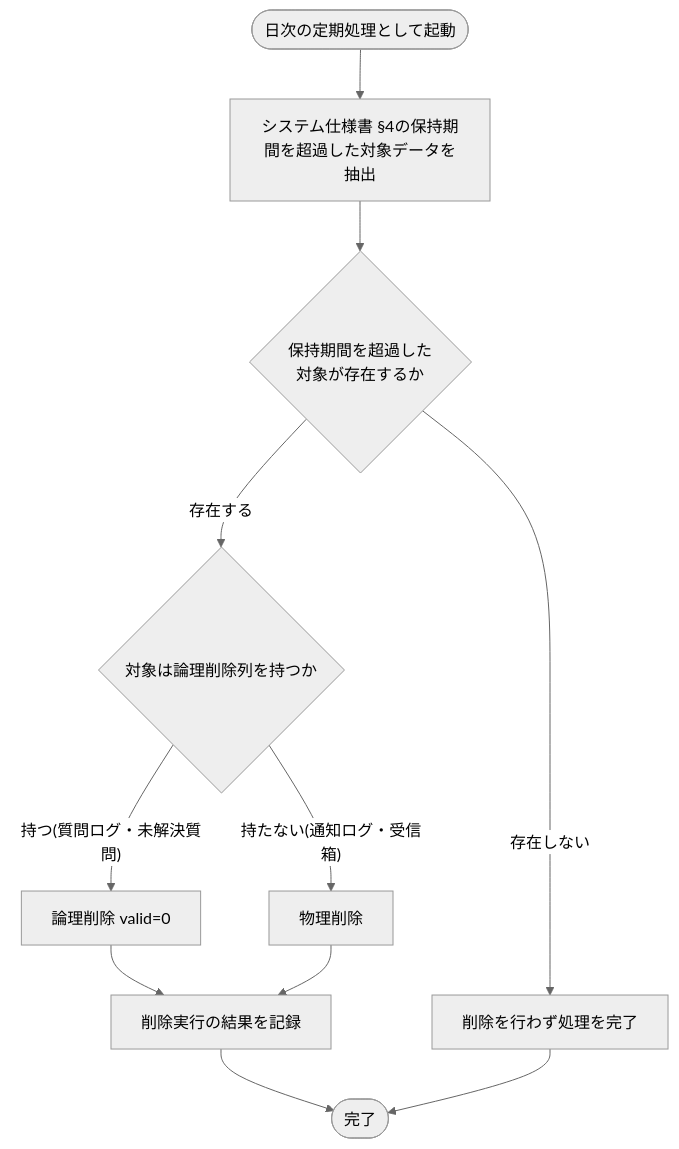
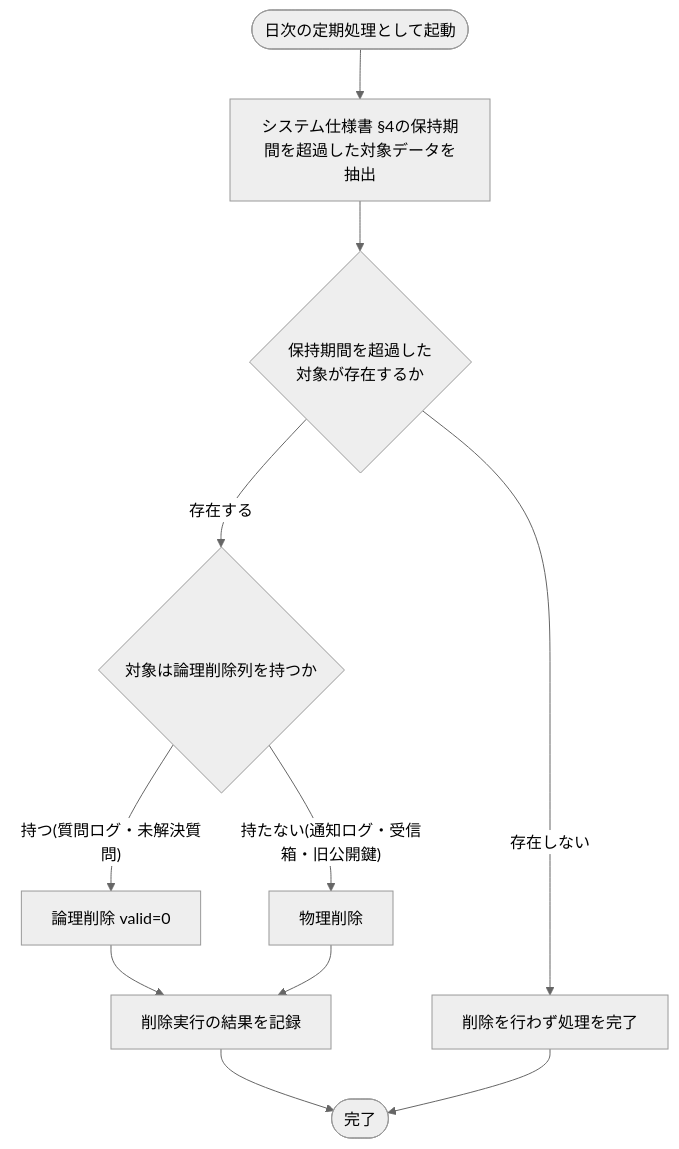
Before and after one commit to sikakou54/open-faq: the diagram in 02_basic_design/02_backend/01_system/SYS-032.md, drawn with Mermaid (neutral theme). The commit also changed other lines of this file and 27 other files, not shown here.

````diff
--- a/02_basic_design/02_backend/01_system/SYS-032.md
+++ b/02_basic_design/02_backend/01_system/SYS-032.md
@@ -35,13 +36,13 @@
 ```mermaid
 flowchart TB
   S([日次の定期処理として起動]) --> A[システム仕様書 §4の保持期間を超過した対象データを抽出]
   A --> B{保持期間を超過した<br/>対象が存在するか}
   B -- 存在する --> C{対象は論理削除列を持つか}
   C -- 持つ(質問ログ・未解決質問) --> D[論理削除 valid=0]
-  C -- 持たない(通知ログ・受信箱) --> E[物理削除]
+  C -- 持たない(通知ログ・受信箱・旧公開鍵) --> E[物理削除]
   D --> F[削除実行の結果を記録]
   E --> F
   F --> G([完了])
   B -- 存在しない --> H[削除を行わず処理を完了]
   H --> G
 ```
````
